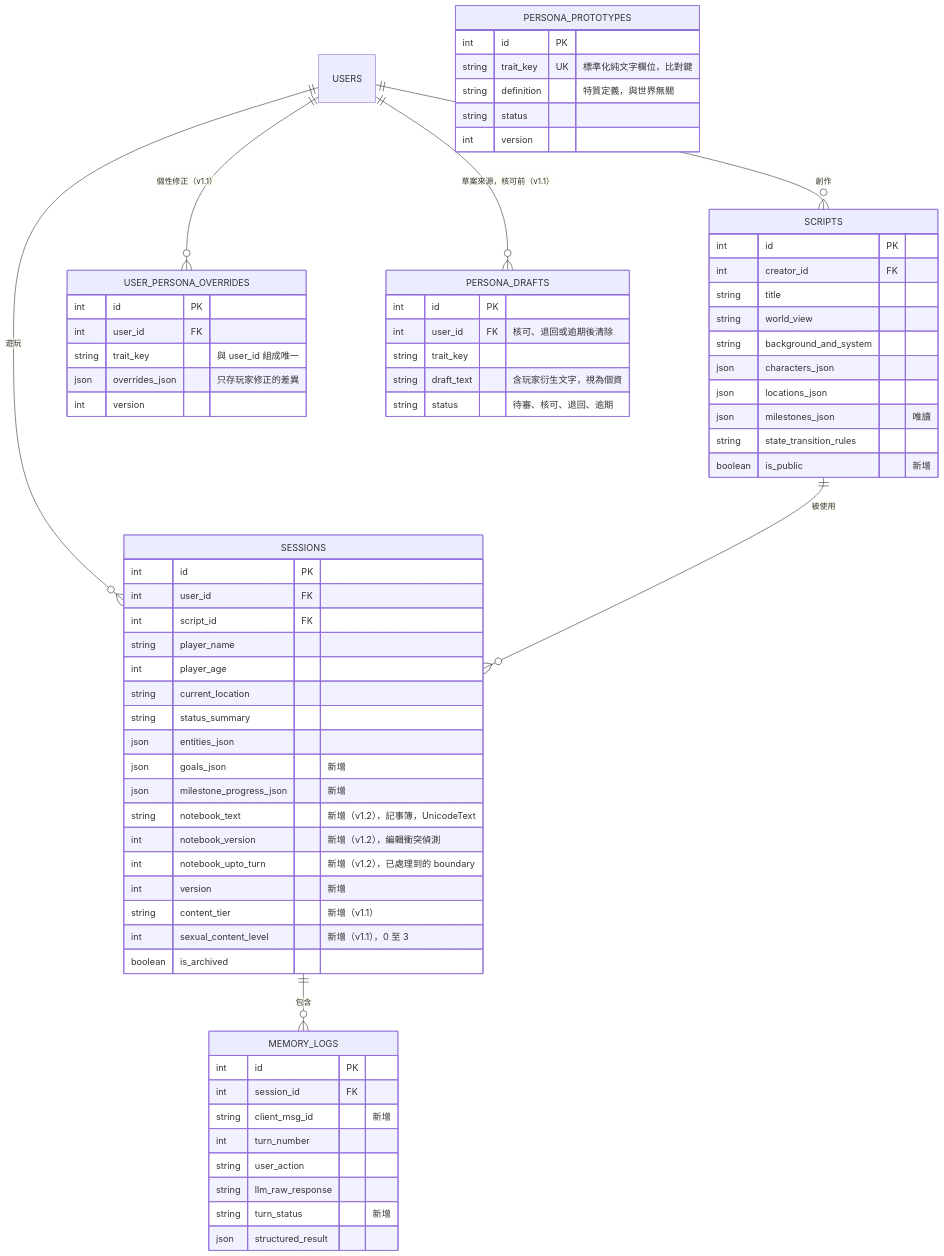
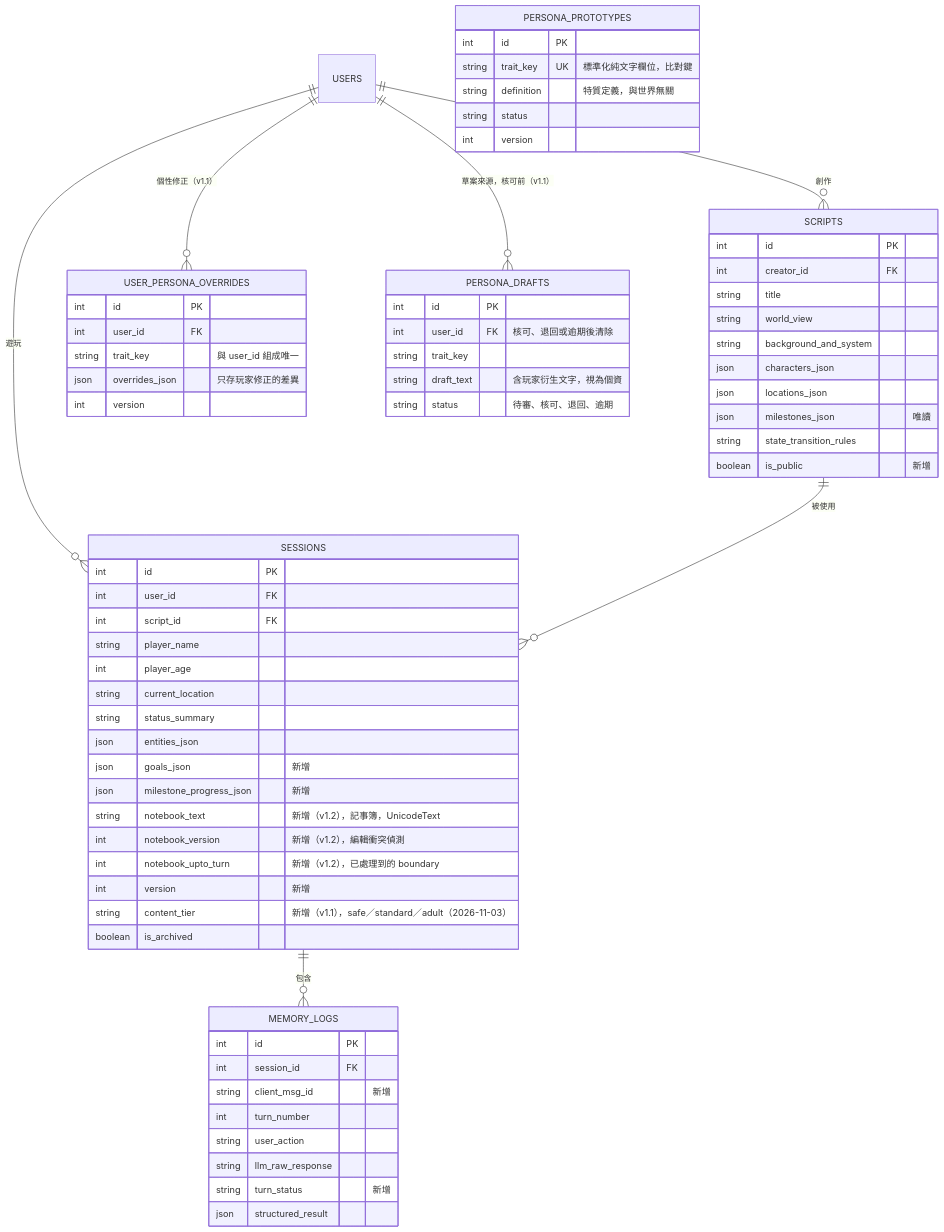
Before and after one commit to pp466pp466/R.A.C: the second of 10 diagrams in docs/RPG.md, drawn with Mermaid. The commit also changed other lines of this file and 14 other files, not shown here.

````diff
--- a/docs/RPG.md
+++ b/docs/RPG.md
@@ -78,72 +80,71 @@
 ```mermaid
 erDiagram
     USERS ||--o{ SCRIPTS : "創作"
     USERS ||--o{ SESSIONS : "遊玩"
     SCRIPTS ||--o{ SESSIONS : "被使用"
     SESSIONS ||--o{ MEMORY_LOGS : "包含"
     USERS ||--o{ USER_PERSONA_OVERRIDES : "個性修正（v1.1）"
     USERS ||--o{ PERSONA_DRAFTS : "草案來源，核可前（v1.1）"
 
     SCRIPTS {
         int id PK
         int creator_id FK
         string title
         string world_view
         string background_and_system
         json characters_json
         json locations_json
         json milestones_json "唯讀"
         string state_transition_rules
         boolean is_public "新增"
     }
     SESSIONS {
         int id PK
         int user_id FK
         int script_id FK
         string player_name
         int player_age
         string current_location
         string status_summary
         json entities_json
         json goals_json "新增"
         json milestone_progress_json "新增"
         string notebook_text "新增（v1.2），記事簿，UnicodeText"
         int notebook_version "新增（v1.2），編輯衝突偵測"
         int notebook_upto_turn "新增（v1.2），已處理到的 boundary"
         int version "新增"
-        string content_tier "新增（v1.1）"
-        int sexual_content_level "新增（v1.1），0 至 3"
+        string content_tier "新增（v1.1），safe／standard／adult（2026-11-03）"
         boolean is_archived
     }
     MEMORY_LOGS {
         int id PK
         int session_id FK
         string client_msg_id "新增"
         int turn_number
         string user_action
         string llm_raw_response
         string turn_status "新增"
         json structured_result
     }
     PERSONA_PROTOTYPES {
         int id PK
         string trait_key UK "標準化純文字欄位，比對鍵"
         string definition "特質定義，與世界無關"
         string status
         int version
     }
     USER_PERSONA_OVERRIDES {
         int id PK
         int user_id FK
         string trait_key "與 user_id 組成唯一"
         json overrides_json "只存玩家修正的差異"
         int version
     }
     PERSONA_DRAFTS {
         int id PK
         int user_id FK "核可、退回或逾期後清除"
         string trait_key
         string draft_text "含玩家衍生文字，視為個資"
         string status "待審、核可、退回、逾期"
     }
 ```
````
